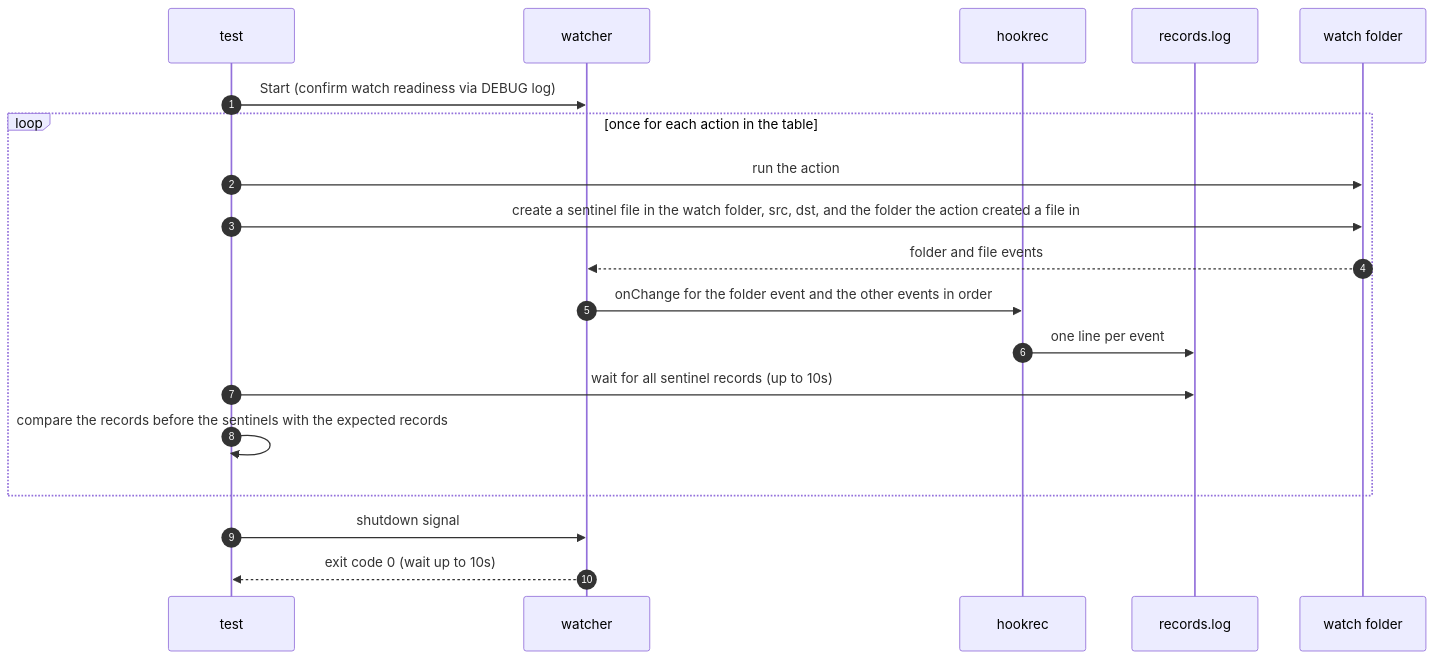
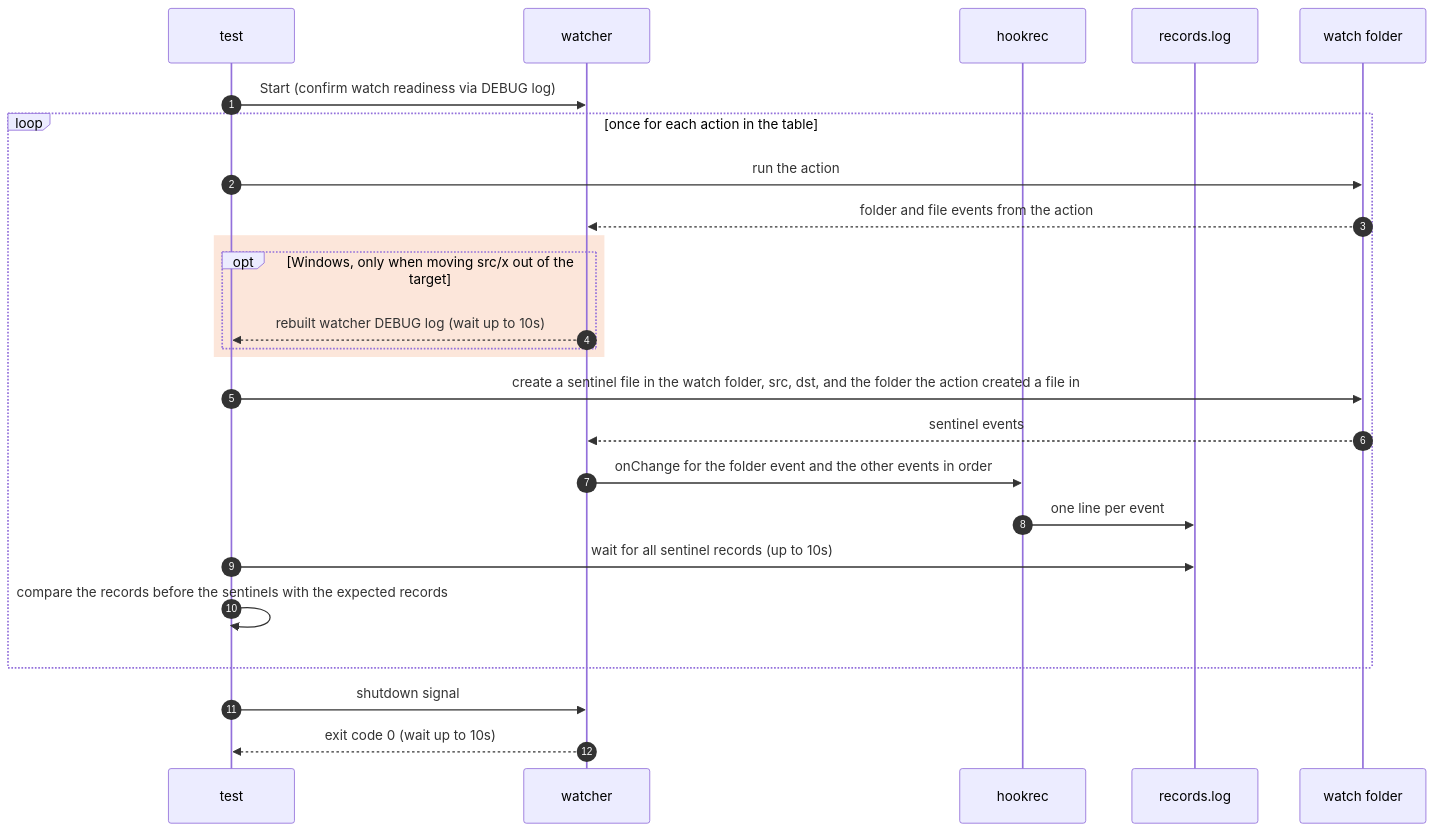
One commit to seungyeop-lee/directory-watcher changed the diagram in e2e/docs/scenarios/folder-events.md. Above: the diagram before and after it, drawn with Mermaid. The commit also changed other lines of this file and 2 other files, not shown here.

Commit message:
test: Windows 폴더 이벤트 중복 허용을 외부 이동 경계로 제한

````diff
--- a/e2e/docs/scenarios/folder-events.md
+++ b/e2e/docs/scenarios/folder-events.md
@@ -48,21 +50,27 @@
 ```mermaid
 sequenceDiagram
     autonumber
     participant testCode as test
     participant watcherProc as watcher
     participant hookRec as hookrec
     participant recordFile as records.log
     participant watchDir as watch folder
     testCode->>watcherProc: Start (confirm watch readiness via DEBUG log)
     loop once for each action in the table
         testCode->>watchDir: run the action
+        watchDir-->>watcherProc: folder and file events from the action
+        rect rgba(234, 88, 12, 0.15)
+            opt Windows, only when moving src/x out of the target
+                watcherProc-->>testCode: rebuilt watcher DEBUG log (wait up to 10s)
+            end
+        end
         testCode->>watchDir: create a sentinel file in the watch folder, src, dst, and the folder the action created a file in
-        watchDir-->>watcherProc: folder and file events
+        watchDir-->>watcherProc: sentinel events
         watcherProc->>hookRec: onChange for the folder event and the other events in order
         hookRec->>recordFile: one line per event
         testCode->>recordFile: wait for all sentinel records (up to 10s)
         testCode->>testCode: compare the records before the sentinels with the expected records
     end
     testCode->>watcherProc: shutdown signal
     watcherProc-->>testCode: exit code 0 (wait up to 10s)
 ```
````
